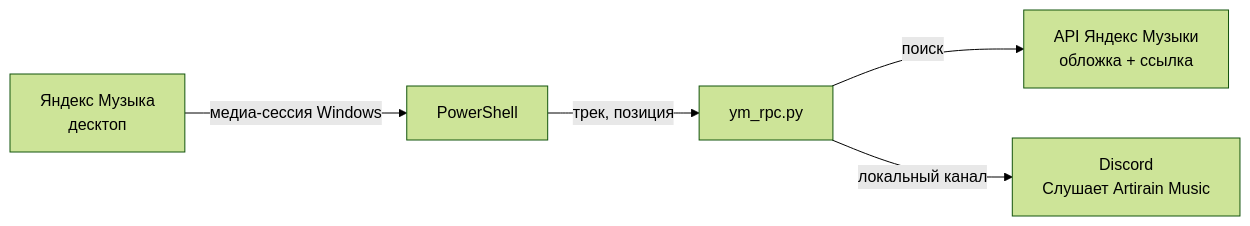
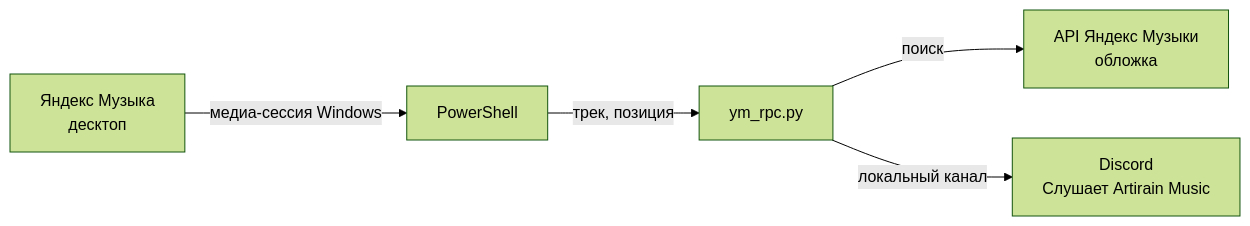
Before and after one commit to Artirain/yandex-music-rpc: the diagram in README.md, drawn with Mermaid (forest theme). The commit also changed other lines of this file and 1 other file, not shown here.

Commit message:
drop presence button, resend status periodically, clear it after long pause

````diff
--- a/README.md
+++ b/README.md
@@ -5,7 +5,7 @@
 ```mermaid
 flowchart LR
     YM[Яндекс Музыка<br/>десктоп] -->|медиа-сессия Windows| PS[PowerShell]
     PS -->|трек, позиция| PY[ym_rpc.py]
-    PY -->|поиск| API[API Яндекс Музыки<br/>обложка + ссылка]
+    PY -->|поиск| API[API Яндекс Музыки<br/>обложка]
     PY -->|локальный канал| D[Discord<br/>Слушает Artirain Music]
 ```
````
